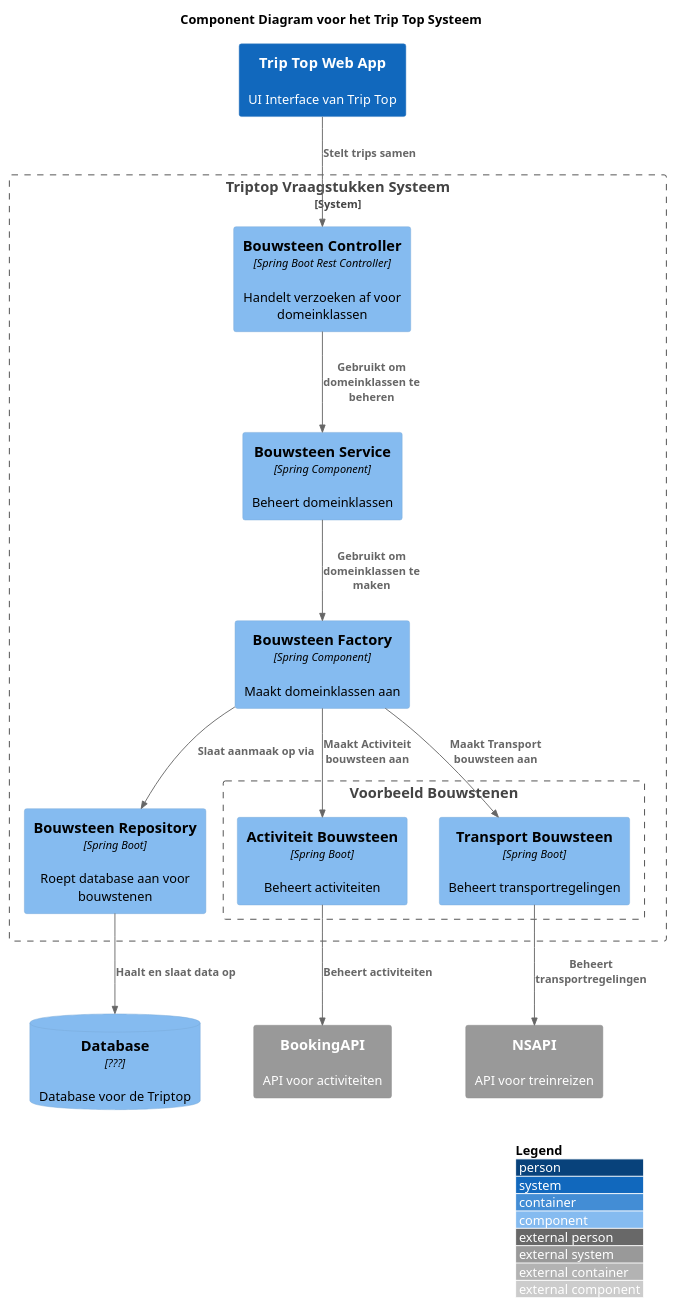
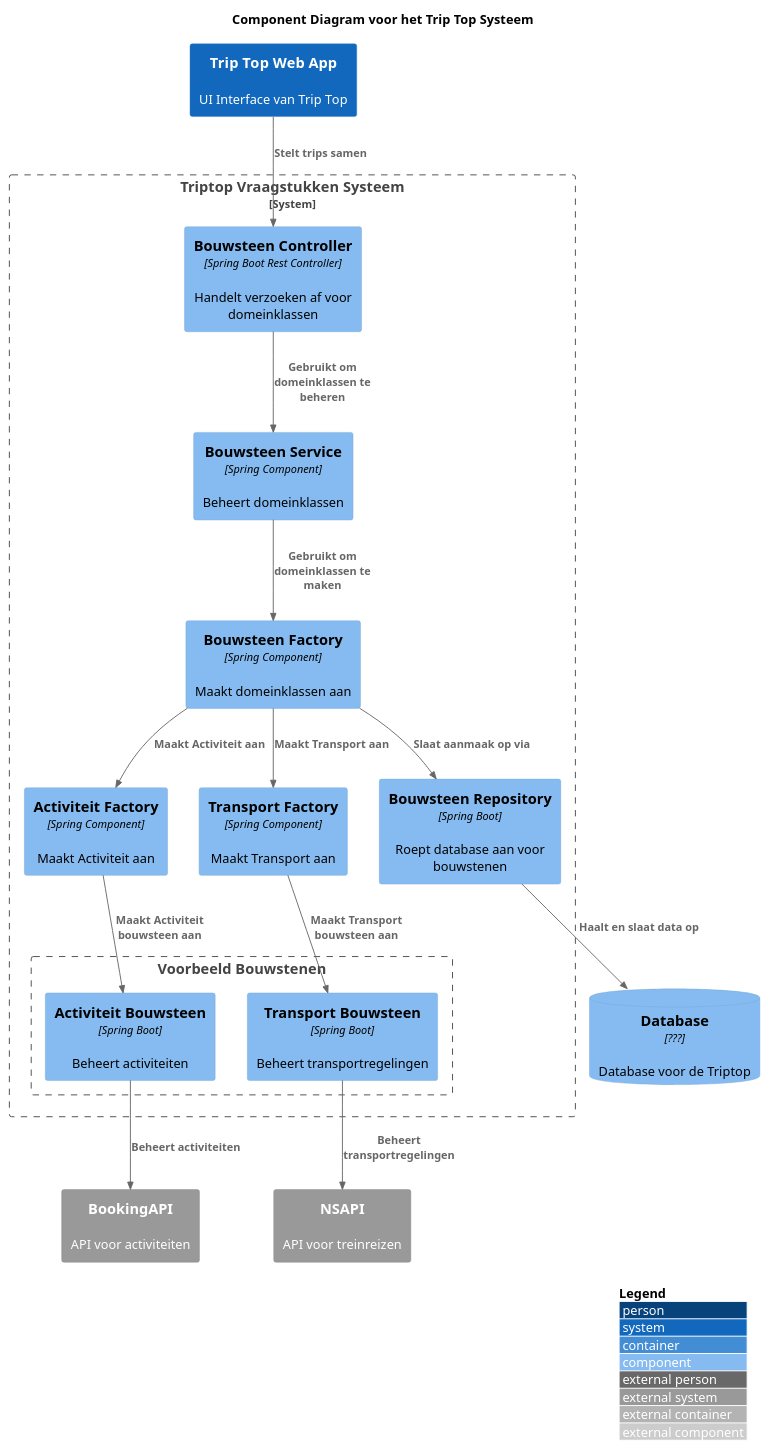
The diagram in W3/Diagrammen/ComponentD/SafaComponentDiagram.puml (AIM-ENE-feb25/triptop-sqr-tech), drawn with PlantUML before and after one commit. The commit also changed 2 other files, not shown here.

Commit message:
safa aanpassingen + sequence map

```diff
--- a/W3/Diagrammen/ComponentD/SafaComponentDiagram.puml
+++ b/W3/Diagrammen/ComponentD/SafaComponentDiagram.puml
@@ -1,40 +1,46 @@
 @startuml
 !include https://raw.githubusercontent.com/plantuml-stdlib/C4-PlantUML/master/C4_Component.puml
 LAYOUT_WITH_LEGEND()
 
 title Component Diagram voor het Trip Top Systeem
 
 System(tts, "Trip Top Web App", "UI Interface van Trip Top")
 
 System_Boundary(triptop, "Triptop Vraagstukken Systeem") {
   Component(bouwsteen_controller, "Bouwsteen Controller", "Spring Boot Rest Controller", "Handelt verzoeken af voor domeinklassen")
 
   Component(bouwsteen_service, "Bouwsteen Service", "Spring Component", "Beheert domeinklassen")
   Component(factory, "Bouwsteen Factory", "Spring Component", "Maakt domeinklassen aan")
+  Component(act_factory, "Activiteit Factory", "Spring Component", "Maakt Activiteit aan")
+  Component(trans_factory, "Transport Factory", "Spring Component", "Maakt Transport aan")
   Component(bs_repo, "Bouwsteen Repository", "Spring Boot", "Roept database aan voor bouwstenen")
 
   Boundary(bouwstenen, "Voorbeeld Bouwstenen") {
     Component(bs_activiteit, "Activiteit Bouwsteen", "Spring Boot", "Beheert activiteiten")
     Component(bs_transport, "Transport Bouwsteen", "Spring Boot", "Beheert transportregelingen")
   }
 }
 
 ComponentDb(db, "Database", "???", "Database voor de Triptop")
 
 System_Ext(NS, "NSAPI", "API voor treinreizen")
 System_Ext(BookingAPI2, "BookingAPI", "API voor activiteiten")
 
 Rel(tts, bouwsteen_controller, "Stelt trips samen")
 
 Rel(bouwsteen_service, factory, "Gebruikt om domeinklassen te maken")
 Rel(bouwsteen_controller, bouwsteen_service, "Gebruikt om domeinklassen te beheren")
 
 Rel(factory, bs_repo, "Slaat aanmaak op via")
-Rel(factory, bs_transport, "Maakt Transport bouwsteen aan")
-Rel(factory, bs_activiteit, "Maakt Activiteit bouwsteen aan")
+Rel(factory, trans_factory, "Maakt Transport aan")
+Rel(factory, act_factory, "Maakt Activiteit aan")
+
+
+Rel(trans_factory, bs_transport, "Maakt Transport bouwsteen aan")
+Rel(act_factory, bs_activiteit, "Maakt Activiteit bouwsteen aan")
 
 Rel(bs_repo, db, "Haalt en slaat data op")
 Rel(bs_transport, NS, "Beheert transportregelingen")
 Rel(bs_activiteit, BookingAPI2, "Beheert activiteiten")
 
 @enduml
```
